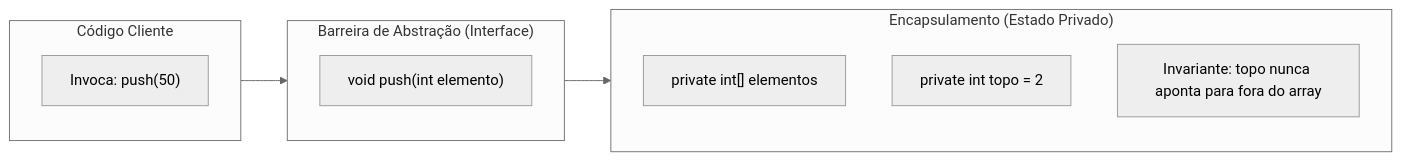
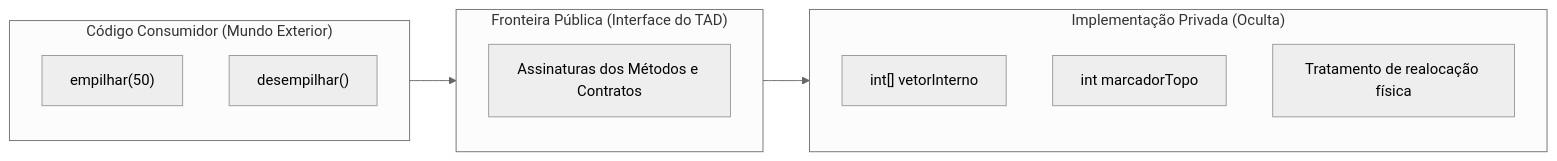
One commit to murilolol/unifef changed the seventh of 27 diagrams in 4º Semestre/[Prof. Wesley Soares] Estrutura de Dados I/Resumos-IA/Caderno-Consolidado.md. Above: the diagram before and after it, drawn with Mermaid (neutral theme). The commit also changed other lines of this file and 58 other files, not shown here.

````diff
--- a/4º Semestre/[Prof. Wesley Soares] Estrutura de Dados I/Resumos-IA/Caderno-Consolidado.md
+++ b/4º Semestre/[Prof. Wesley Soares] Estrutura de Dados I/Resumos-IA/Caderno-Consolidado.md
@@ -402,20 +339,20 @@
 ```mermaid
 flowchart LR
-    subgraph Consumidor["Código Cliente"]
-        Op["Invoca: push(50)"]
-    end
+  subgraph Cliente["Código Consumidor (Mundo Exterior)"]
+    C1["empilhar(50)"]
+    C2["desempilhar()"]
+  end
 
-    subgraph Barreira["Barreira de Abstração (Interface)"]
-        Assinatura["void push(int elemento)"]
-    end
+  subgraph Barreira["Fronteira Pública (Interface do TAD)"]
+    I1["Assinaturas dos Métodos e Contratos"]
+  end
 
-    subgraph Nucleo["Encapsulamento (Estado Privado)"]
-        direction TB
-        Vetor["private int[] elementos"]
-        Topo["private int topo = 2"]
-        Regra["Invariante: topo nunca aponta para fora do array"]
-    end
+  subgraph EstadoInterno["Implementação Privada (Oculta)"]
+    M1["int[] vetorInterno"]
+    M2["int marcadorTopo"]
+    M3["Tratamento de realocação física"]
+  end
 
-    Consumidor --> Barreira
-    Barreira --> Nucleo
+  Cliente --> Barreira
+  Barreira --> EstadoInterno
 ```
````
